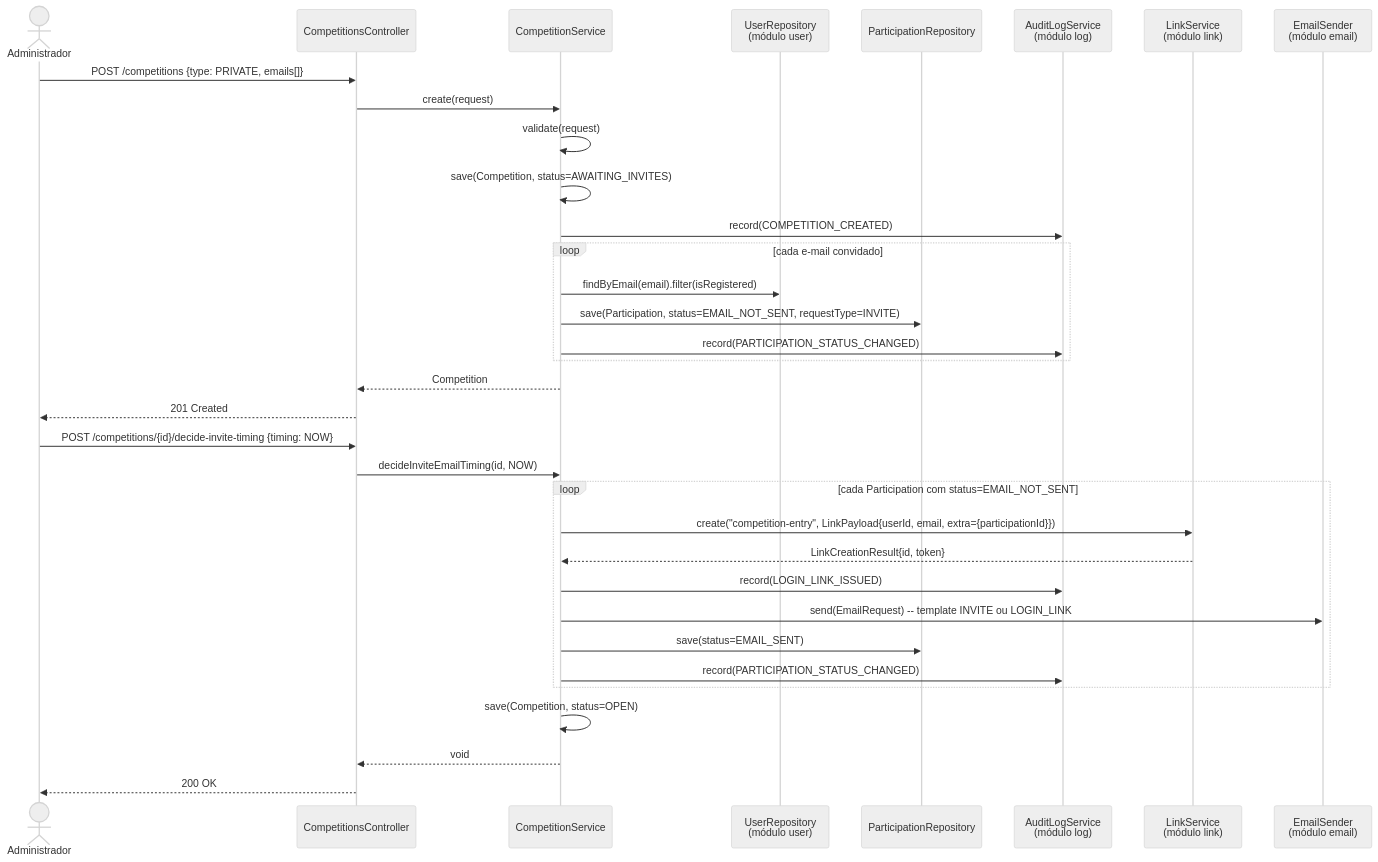
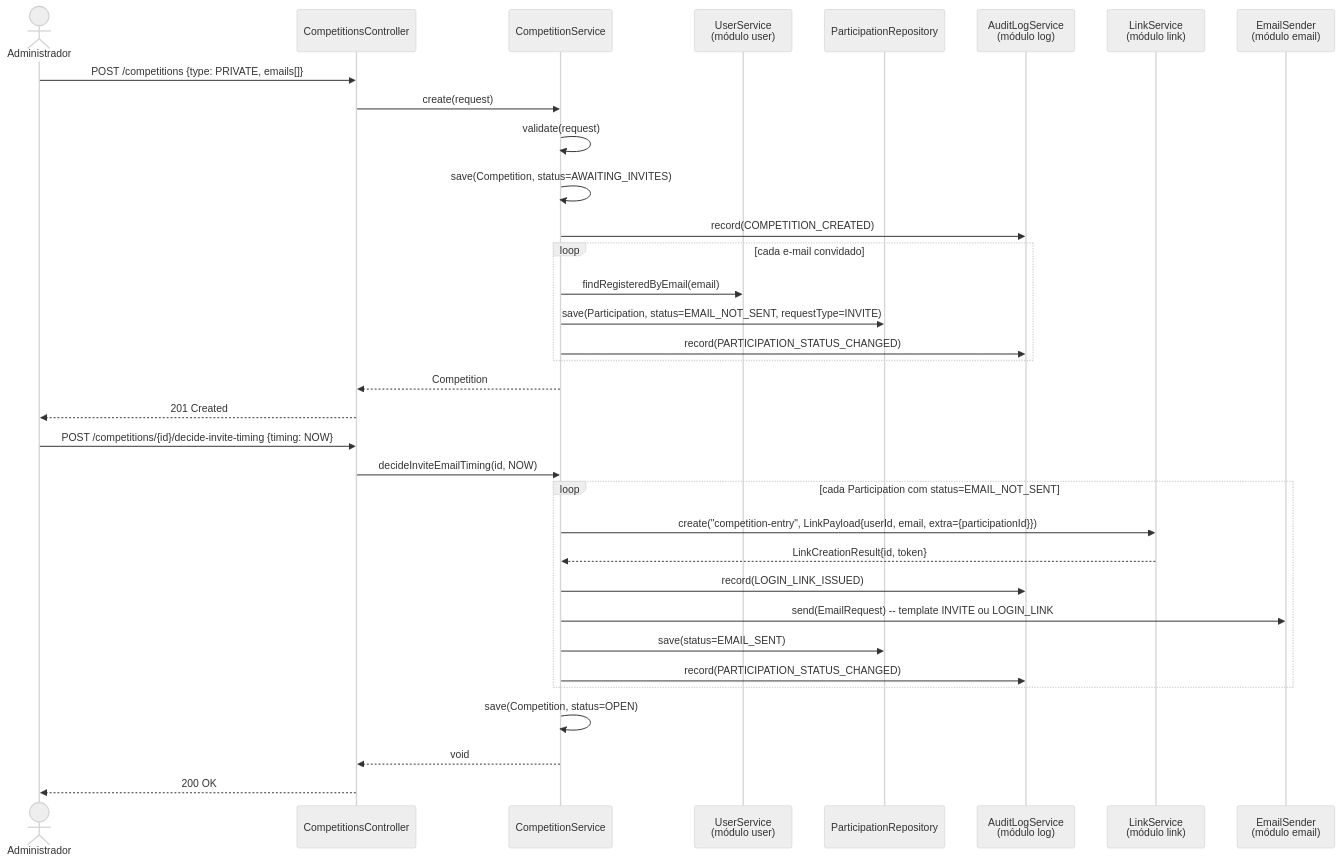
Diagram 17 of 21 in docs/diagrams/modulos.md (lalgarve/jogo-acoes), drawn with Mermaid (neutral theme) before and after one commit. The commit also changed other lines of this file and 2 other files, not shown here.

First line of the commit message:
docs: update module diagrams and spec 05-029 after implementation

````diff
--- a/docs/diagrams/modulos.md
+++ b/docs/diagrams/modulos.md
@@ -854,38 +894,38 @@
 ```mermaid
 sequenceDiagram
     actor A as Administrador
     participant CC as CompetitionsController
     participant CS as CompetitionService
-    participant UR as UserRepository<br/>(módulo user)
+    participant US as UserService<br/>(módulo user)
     participant PR as ParticipationRepository
     participant AL as AuditLogService<br/>(módulo log)
     participant LiS as LinkService<br/>(módulo link)
     participant ES as EmailSender<br/>(módulo email)
 
     A->>CC: POST /competitions {type: PRIVATE, emails[]}
     CC->>CS: create(request)
     CS->>CS: validate(request)
     CS->>CS: save(Competition, status=AWAITING_INVITES)
     CS->>AL: record(COMPETITION_CREATED)
     loop cada e-mail convidado
-        CS->>UR: findByEmail(email).filter(isRegistered)
+        CS->>US: findRegisteredByEmail(email)
         CS->>PR: save(Participation, status=EMAIL_NOT_SENT, requestType=INVITE)
         CS->>AL: record(PARTICIPATION_STATUS_CHANGED)
     end
     CS-->>CC: Competition
     CC-->>A: 201 Created
 
     A->>CC: POST /competitions/{id}/decide-invite-timing {timing: NOW}
     CC->>CS: decideInviteEmailTiming(id, NOW)
     loop cada Participation com status=EMAIL_NOT_SENT
         CS->>LiS: create("competition-entry", LinkPayload{userId, email, extra={participationId}})
         LiS-->>CS: LinkCreationResult{id, token}
         CS->>AL: record(LOGIN_LINK_ISSUED)
         CS->>ES: send(EmailRequest) -- template INVITE ou LOGIN_LINK
         CS->>PR: save(status=EMAIL_SENT)
         CS->>AL: record(PARTICIPATION_STATUS_CHANGED)
     end
     CS->>CS: save(Competition, status=OPEN)
     CS-->>CC: void
     CC-->>A: 200 OK
 ```
````
